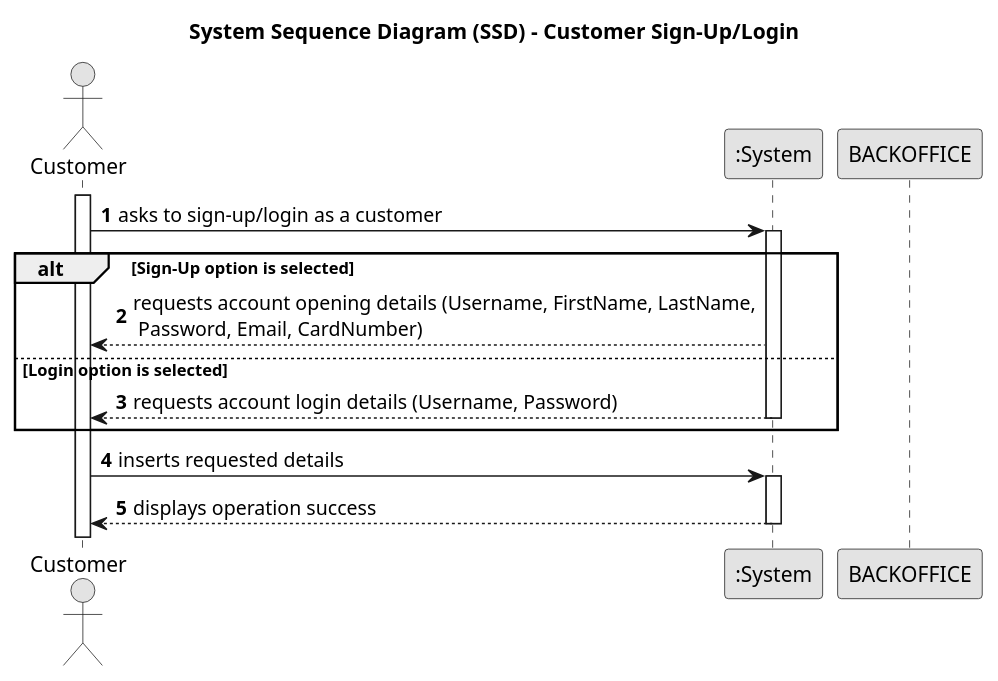
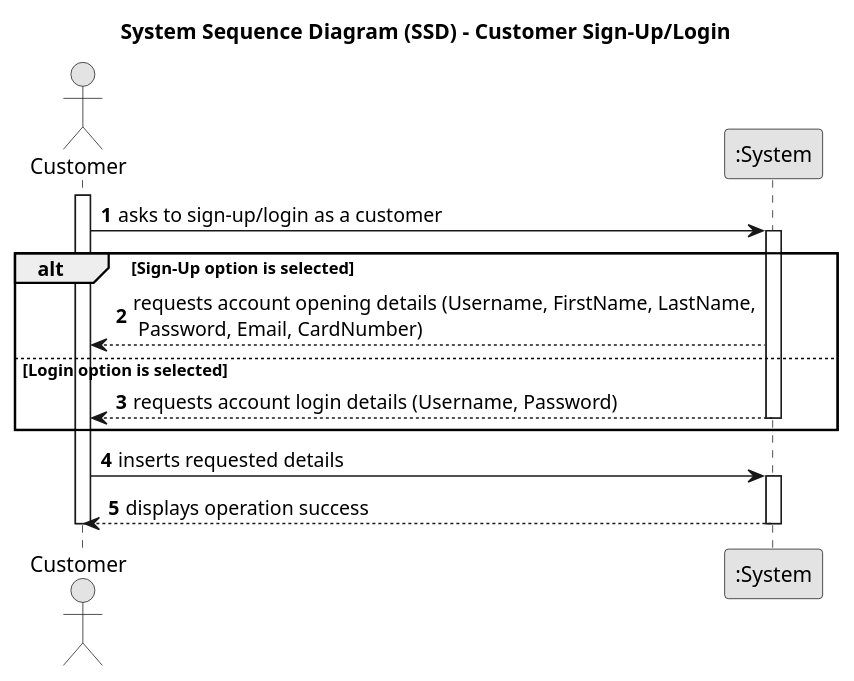
The diagram in docs/SprintB/G007/G007-system-sequence-diagram-customerApp.puml (MiguelCardoso77/LAPR4), drawn with PlantUML before and after one commit. The commit also changed 5 other files, not shown here.

```diff
--- a/docs/SprintB/G007/G007-system-sequence-diagram-customerApp.puml
+++ b/docs/SprintB/G007/G007-system-sequence-diagram-customerApp.puml
@@ -1,35 +1,35 @@
 @startuml
 skinparam monochrome true
 skinparam packageStyle rectangle
 skinparam shadowing false
 
 title System Sequence Diagram (SSD) - Customer Sign-Up/Login
 
 autonumber
 
 actor "Customer" as CUSTOMER
 participant ":System" as System
 
 activate CUSTOMER
 
     CUSTOMER -> System : asks to sign-up/login as a customer
     activate System
 
     alt Sign-Up option is selected
        System --> CUSTOMER : requests account opening details (Username, FirstName, LastName,\n Password, Email, CardNumber)
 
     else Login option is selected
         System --> CUSTOMER : requests account login details (Username, Password)
 
     deactivate System
     end
 
     CUSTOMER -> System : inserts requested details
     activate System
 
         System --> CUSTOMER : displays operation success
     deactivate System
 
-deactivate BACKOFFICE
+deactivate CUSTOMER
 
 @enduml
```
